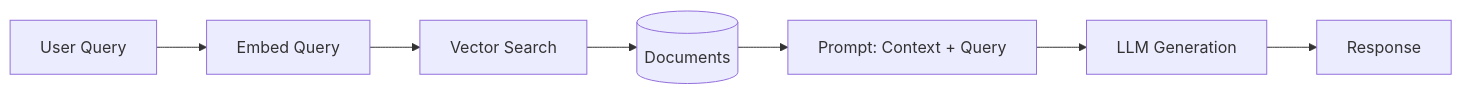
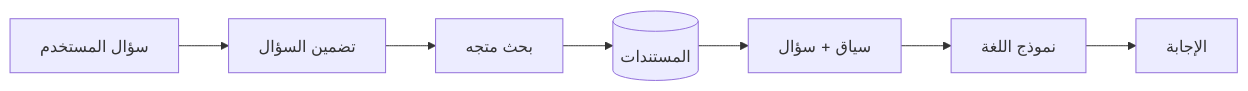
The diagram in docs/lessons/26-rag/01-rag-architecture.md (apexdataro-Fin/AEP), drawn with Mermaid before and after one commit. The commit also changed other lines of this file and 32 other files, not shown here.

````diff
--- a/docs/lessons/26-rag/01-rag-architecture.md
+++ b/docs/lessons/26-rag/01-rag-architecture.md
@@ -17,9 +19,9 @@
 ```mermaid
 graph LR
-    Q[User Query] --> E[Embed Query]
-    E --> VS[Vector Search]
-    VS --> D[(Documents)]
-    D --> P[Prompt: Context + Query]
-    P --> LLM[LLM Generation]
-    LLM --> R[Response]
+    Q[سؤال المستخدم] --> E[تضمين السؤال]
+    E --> V[بحث متجه]
+    V --> D[(المستندات)]
+    D --> P[سياق + سؤال]
+    P --> LLM[نموذج اللغة]
+    LLM --> R[الإجابة]
 ```
````
